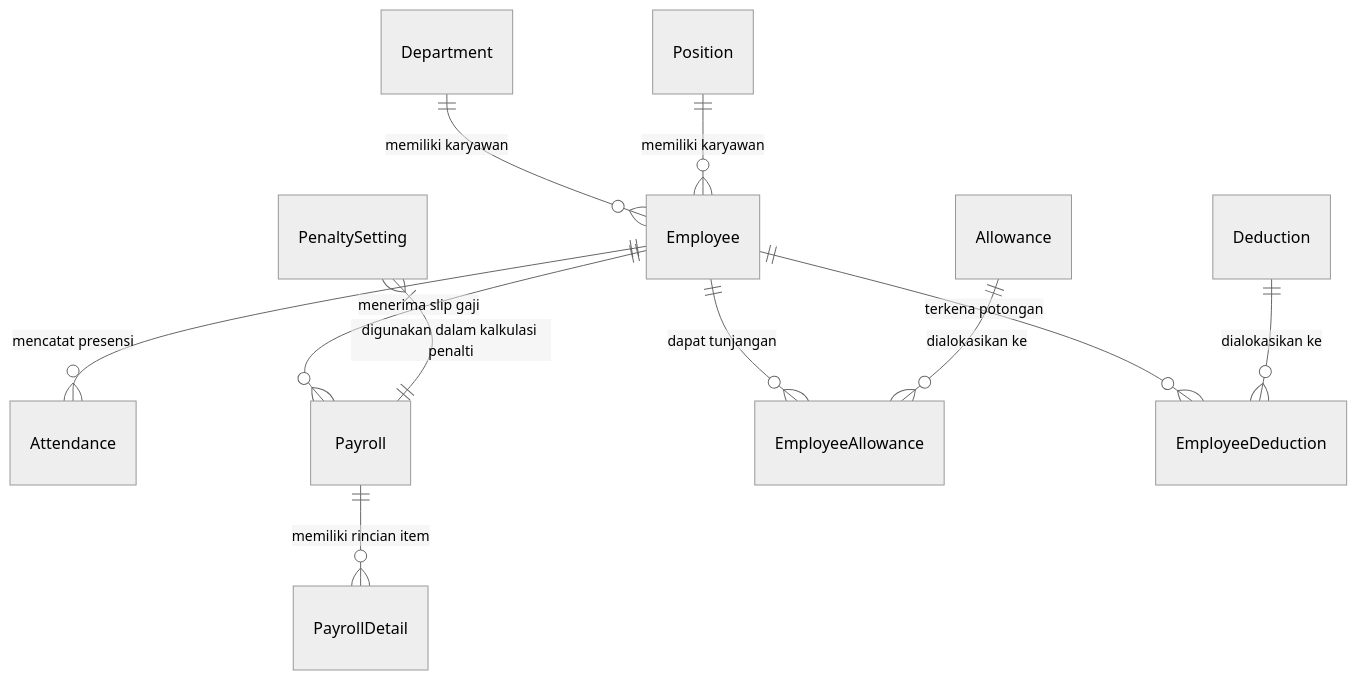
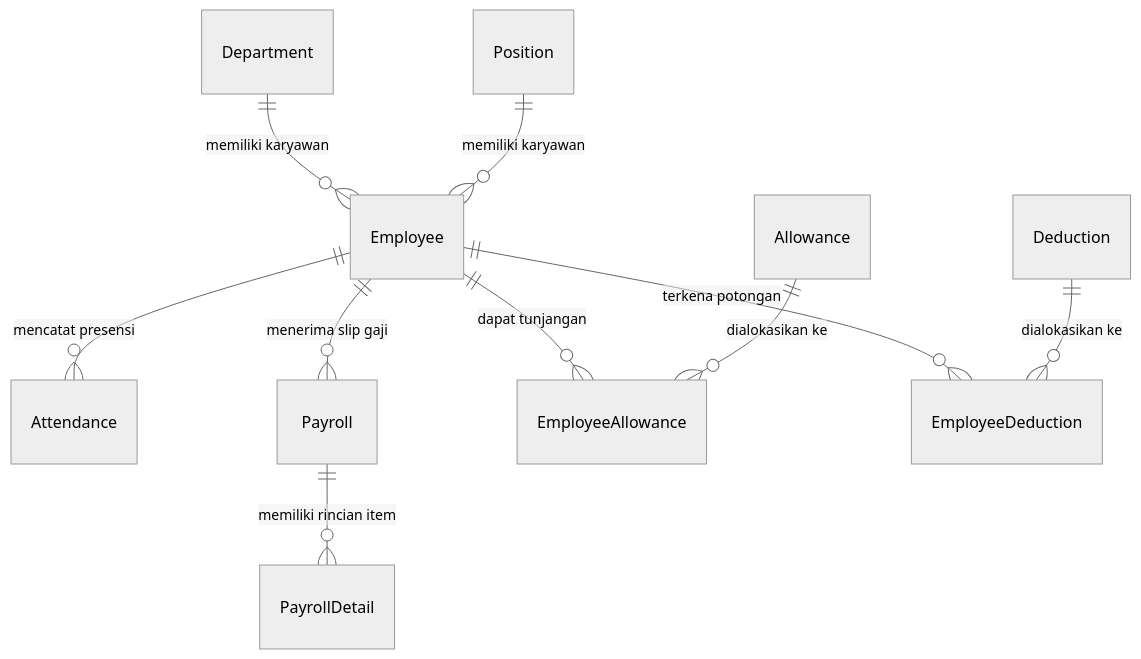
The diagram in docs/DATABASE_GUIDE.md (Fadli-vid/Payroll-System), drawn with Mermaid (neutral theme) before and after one commit. The commit also changed other lines of this file and 90 other files, not shown here.

````diff
--- a/docs/DATABASE_GUIDE.md
+++ b/docs/DATABASE_GUIDE.md
@@ -282,18 +299,16 @@
 ```mermaid
 erDiagram
     Department ||--o{ Employee : "memiliki karyawan"
     Position ||--o{ Employee : "memiliki karyawan"
     
     Employee ||--o{ Attendance : "mencatat presensi"
     Employee ||--o{ Payroll : "menerima slip gaji"
     
     Employee ||--o{ EmployeeAllowance : "dapat tunjangan"
     Allowance ||--o{ EmployeeAllowance : "dialokasikan ke"
     
     Employee ||--o{ EmployeeDeduction : "terkena potongan"
     Deduction ||--o{ EmployeeDeduction : "dialokasikan ke"
     
     Payroll ||--o{ PayrollDetail : "memiliki rincian item"
-    
-    PenaltySetting }|--|| Payroll : "digunakan dalam kalkulasi penalti"
 ```
````
